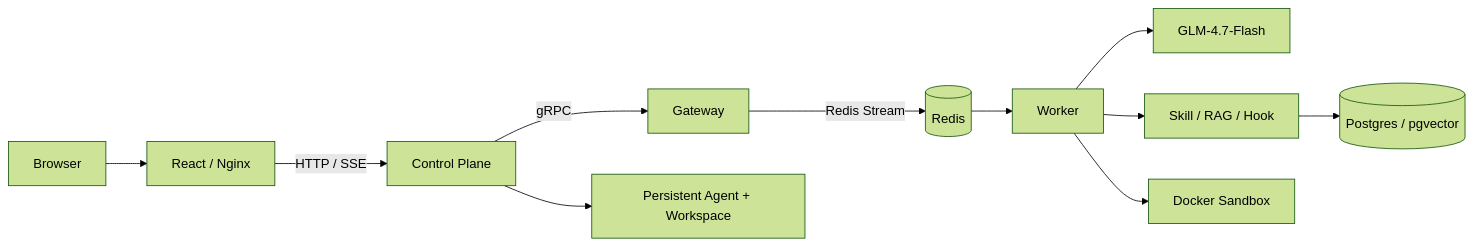
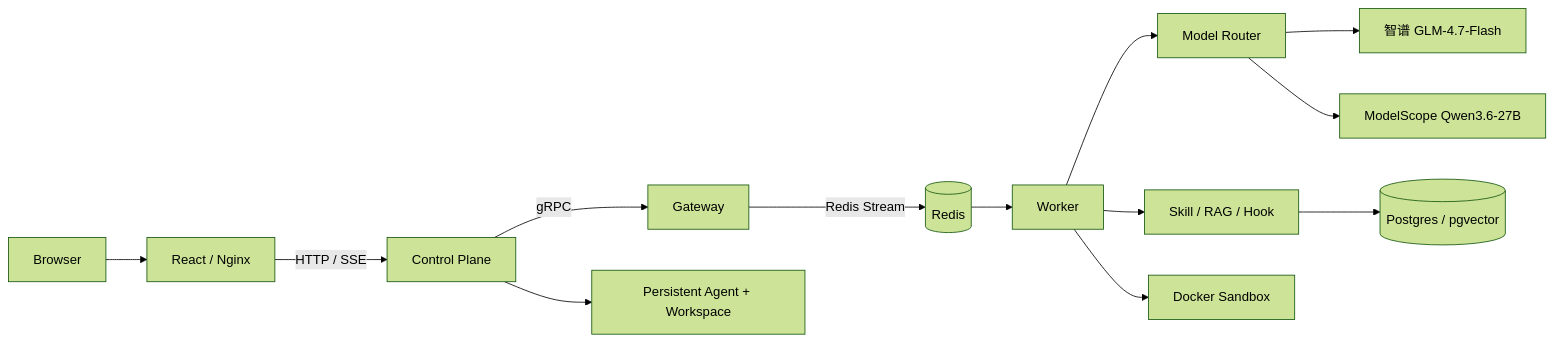
One commit to wzhnbsixsixsix/AI-Agent-Cloud-Runtime changed the diagram in README.md. Above: the diagram before and after it, drawn with Mermaid (forest theme). The commit also changed other lines of this file and 26 other files, not shown here.

Commit message:
feat: add ModelScope Qwen model routing

````diff
--- a/README.md
+++ b/README.md
@@ -23,13 +23,15 @@
 ```mermaid
 flowchart LR
   Browser["Browser"] --> Web["React / Nginx"]
   Web -->|"HTTP / SSE"| CP["Control Plane"]
   CP -->|"gRPC"| GW["Gateway"]
   GW -->|"Redis Stream"| Redis[("Redis")]
   Redis --> Worker["Worker"]
-  Worker --> GLM["GLM-4.7-Flash"]
+  Worker --> Router["Model Router"]
+  Router --> GLM["智谱 GLM-4.7-Flash"]
+  Router --> Qwen["ModelScope Qwen3.6-27B"]
   Worker --> Services["Skill / RAG / Hook"]
   Worker --> Sandbox["Docker Sandbox"]
   CP --> Agent["Persistent Agent + Workspace"]
   Services --> PG[("Postgres / pgvector")]
 ```
````
